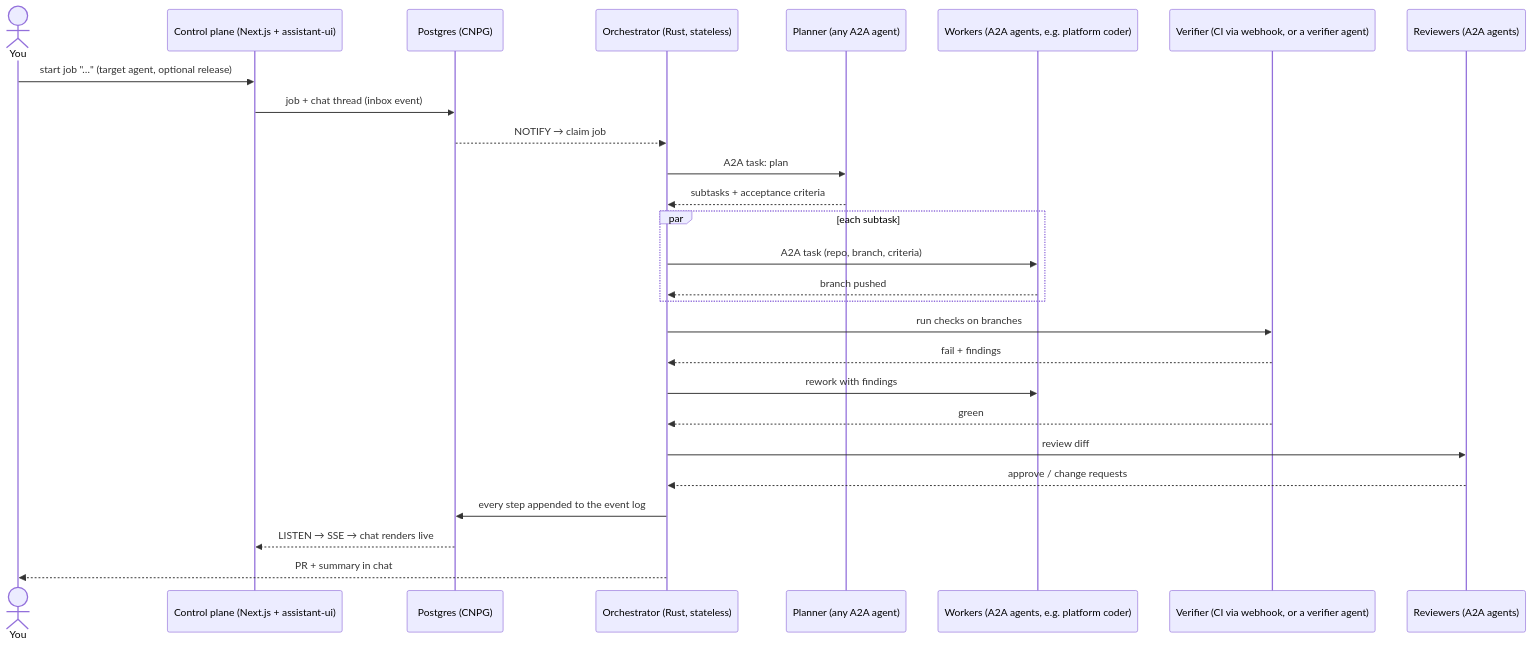
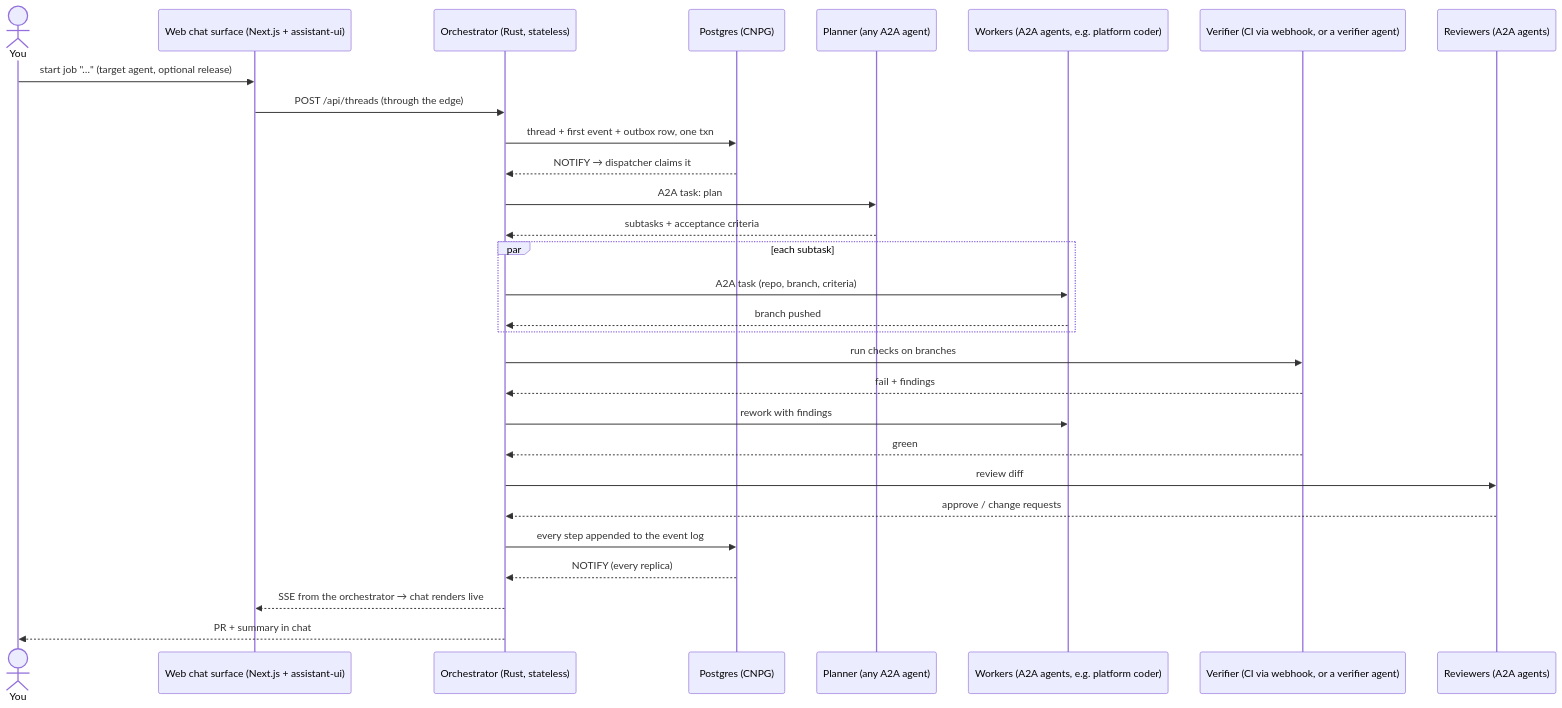
The fifth of 6 diagrams in docs/architecture.md (vymalo/another-agentic-system), drawn with Mermaid before and after one commit. The commit also changed other lines of this file and 6 other files, not shown here.

First line of the commit message:
docs: as-built architecture and crate map with Mermaid diagrams (#27)

````diff
--- a/docs/architecture.md
+++ b/docs/architecture.md
@@ -66,29 +282,31 @@
 ```mermaid
 sequenceDiagram
   actor U as You
-  participant CP as Control plane (Next.js + assistant-ui)
+  participant CP as Web chat surface (Next.js + assistant-ui)
+  participant O as Orchestrator (Rust, stateless)
   participant DB as Postgres (CNPG)
-  participant O as Orchestrator (Rust, stateless)
   participant P as Planner (any A2A agent)
   participant W as Workers (A2A agents, e.g. platform coder)
   participant V as Verifier (CI via webhook, or a verifier agent)
   participant R as Reviewers (A2A agents)
   U->>CP: start job "…" (target agent, optional release)
-  CP->>DB: job + chat thread (inbox event)
-  DB-->>O: NOTIFY → claim job
+  CP->>O: POST /api/threads (through the edge)
+  O->>DB: thread + first event + outbox row, one txn
+  DB-->>O: NOTIFY → dispatcher claims it
   O->>P: A2A task: plan
   P-->>O: subtasks + acceptance criteria
   par each subtask
     O->>W: A2A task (repo, branch, criteria)
     W-->>O: branch pushed
   end
   O->>V: run checks on branches
   V-->>O: fail + findings
   O->>W: rework with findings
   V-->>O: green
   O->>R: review diff
   R-->>O: approve / change requests
   O->>DB: every step appended to the event log
-  DB-->>CP: LISTEN → SSE → chat renders live
+  DB-->>O: NOTIFY (every replica)
+  O-->>CP: SSE from the orchestrator → chat renders live
   O-->>U: PR + summary in chat
 ```
````
